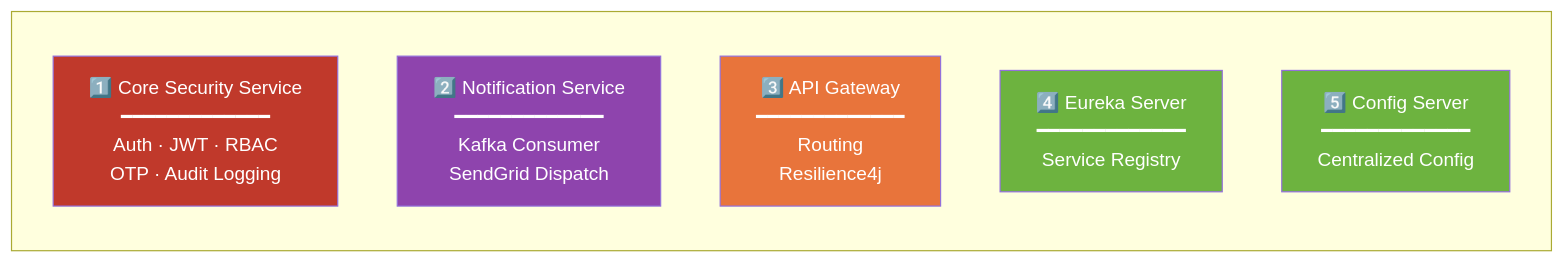
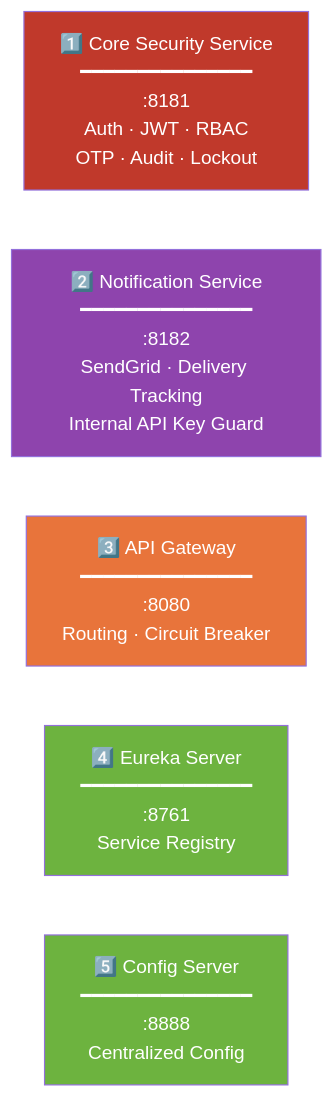
The sixth of 8 diagrams in README.md (amarenderreddyvoladri/production-prototype-security-template), drawn with Mermaid before and after one commit. The commit also changed other lines of this file, not shown here.

````diff
--- a/README.md
+++ b/README.md
@@ -260,17 +242,14 @@
 ```mermaid
 graph LR
-    subgraph " "
-        direction TB
-        S1["1️⃣ Core Security Service<br/>━━━━━━━━━━━━━<br/>Auth · JWT · RBAC<br/>OTP · Audit Logging"]
-        S2["2️⃣ Notification Service<br/>━━━━━━━━━━━━━<br/>Kafka Consumer<br/>SendGrid Dispatch"]
-        S3["3️⃣ API Gateway<br/>━━━━━━━━━━━━━<br/>Routing<br/>Resilience4j"]
-        S4["4️⃣ Eureka Server<br/>━━━━━━━━━━━━━<br/>Service Registry"]
-        S5["5️⃣ Config Server<br/>━━━━━━━━━━━━━<br/>Centralized Config"]
-    end
+    S1["1️⃣ Core Security Service<br/>━━━━━━━━━━━━━━━<br/>:8181<br/>Auth · JWT · RBAC<br/>OTP · Audit · Lockout"]
+    S2["2️⃣ Notification Service<br/>━━━━━━━━━━━━━━━<br/>:8182<br/>SendGrid · Delivery Tracking<br/>Internal API Key Guard"]
+    S3["3️⃣ API Gateway<br/>━━━━━━━━━━━━━━━<br/>:8080<br/>Routing · Circuit Breaker"]
+    S4["4️⃣ Eureka Server<br/>━━━━━━━━━━━━━━━<br/>:8761<br/>Service Registry"]
+    S5["5️⃣ Config Server<br/>━━━━━━━━━━━━━━━<br/>:8888<br/>Centralized Config"]
 
     style S1 fill:#C0392B,color:#fff
     style S2 fill:#8E44AD,color:#fff
     style S3 fill:#E8743B,color:#fff
     style S4 fill:#6DB33F,color:#fff
     style S5 fill:#6DB33F,color:#fff
 ```
````
